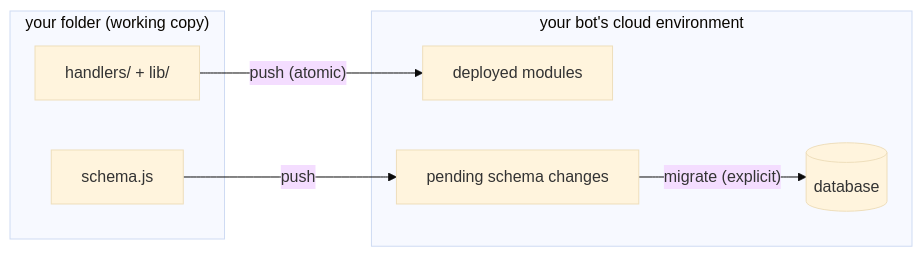
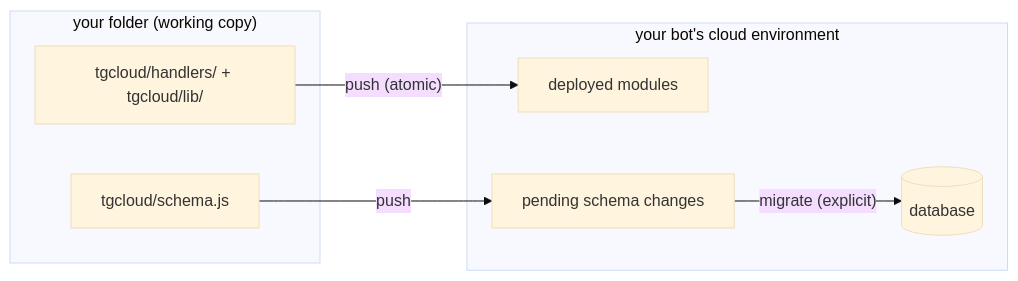
Before and after one commit to AZiPA/Telegram-Serverless-Bot-Template: the second of 2 diagrams in README.md, drawn with Mermaid (base theme). The commit also changed other lines of this file and 12 other files, not shown here.

````diff
--- a/README.md
+++ b/README.md
@@ -63,15 +63,15 @@
 ```mermaid
 flowchart LR
     subgraph local["your folder (working copy)"]
-        H["handlers/ + lib/"]
-        S["schema.js"]
+        H["tgcloud/handlers/ + tgcloud/lib/"]
+        S["tgcloud/schema.js"]
     end
     subgraph cloud["your bot's cloud environment"]
         D["deployed modules"]
         P["pending schema changes"]
         DB[("database")]
     end
     H -->|"push (atomic)"| D
     S -->|push| P
     P -->|"migrate (explicit)"| DB
 ```
````
